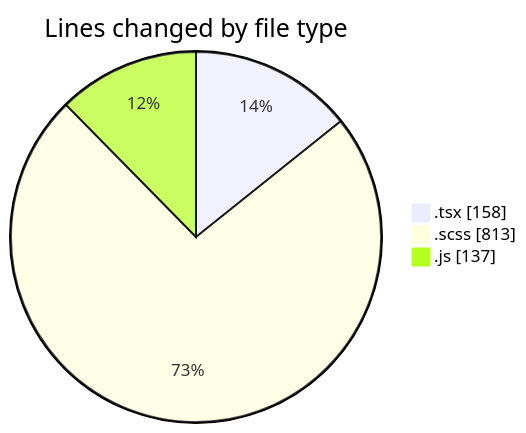
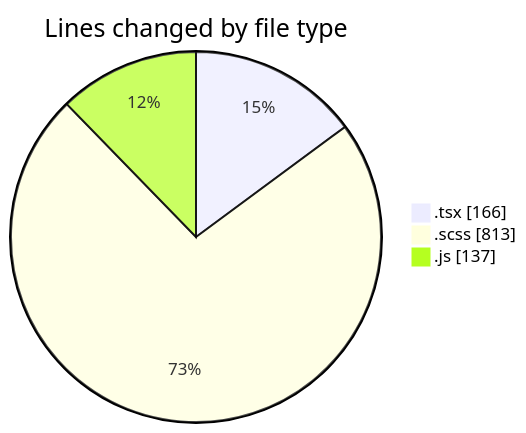
One commit to momahboobian/code-tracking changed the first of 2 diagrams in 2026-03-25/cda/README.md. Above: the diagram before and after it, drawn with Mermaid. The commit also changed other lines of this file and 1 other file, not shown here.

````diff
--- a/2026-03-25/cda/README.md
+++ b/2026-03-25/cda/README.md
@@ -22,7 +22,7 @@
 ```mermaid
 pie showData
 title Lines changed by file type
-".tsx" : 158
+".tsx" : 166
 ".scss" : 813
 ".js" : 137
 ```
````
